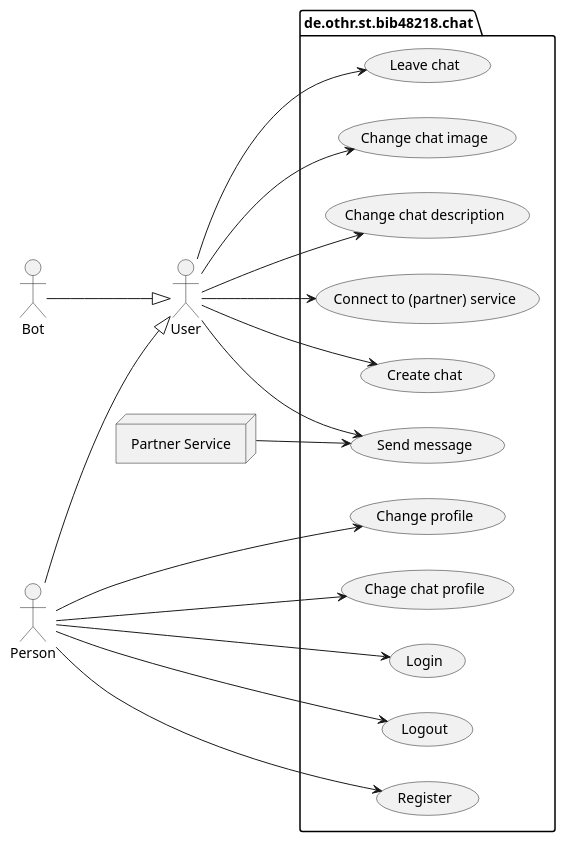
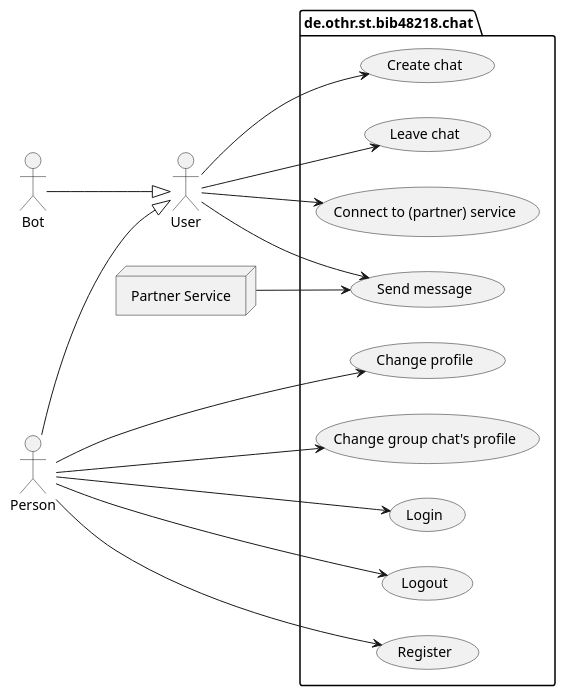
One commit to bbenno/oth-sw changed the diagram in src/doc/uml-usecase.puml. Above: the diagram before and after it, drawn with PlantUML.

Commit message:
Summarize few UCs in "Change group chat's p."

```diff
--- a/src/doc/uml-usecase.puml
+++ b/src/doc/uml-usecase.puml
@@ -1,46 +1,42 @@
 @startuml chat-usecase
 skinparam monochrome true
 left to right direction
 
 ' actors
 actor "User" as u
 actor "Person" as p
 actor "Bot" as b
 node "Partner Service" as s
 
 ' actor hierarchy
 p -down-|> u
 b -down-|> u
 
 ' use cases
 package "de.othr.st.bib48218.chat" {
   usecase "Login" as oUC1
   usecase "Logout" as oUC2
   usecase "Register" as oUC3
   usecase "Change profile" as oUC4
 
   usecase "Send message" as mUC
   ' Chating use cases
   usecase "Create chat" as cUC1
   usecase "Leave chat" as cUC2
-  usecase "Change chat image" as cUC3
-  usecase "Change chat description" as cUC4
-  usecase "Chage chat profile" as cUC5
+  usecase "Change group chat's profile" as cUC3
   ' Connecting to partners use cases
   usecase "Connect to (partner) service" as pUC
 }
 
 '  link actor User with use cases
 p --> oUC1
 p --> oUC2
 p --> oUC3
 p --> oUC4
-p --> cUC5
+p --> cUC3
 s --> mUC
 u --> mUC
 u --> cUC1
 u --> cUC2
-u --> cUC3
-u --> cUC4
 u --> pUC
 @enduml
```
